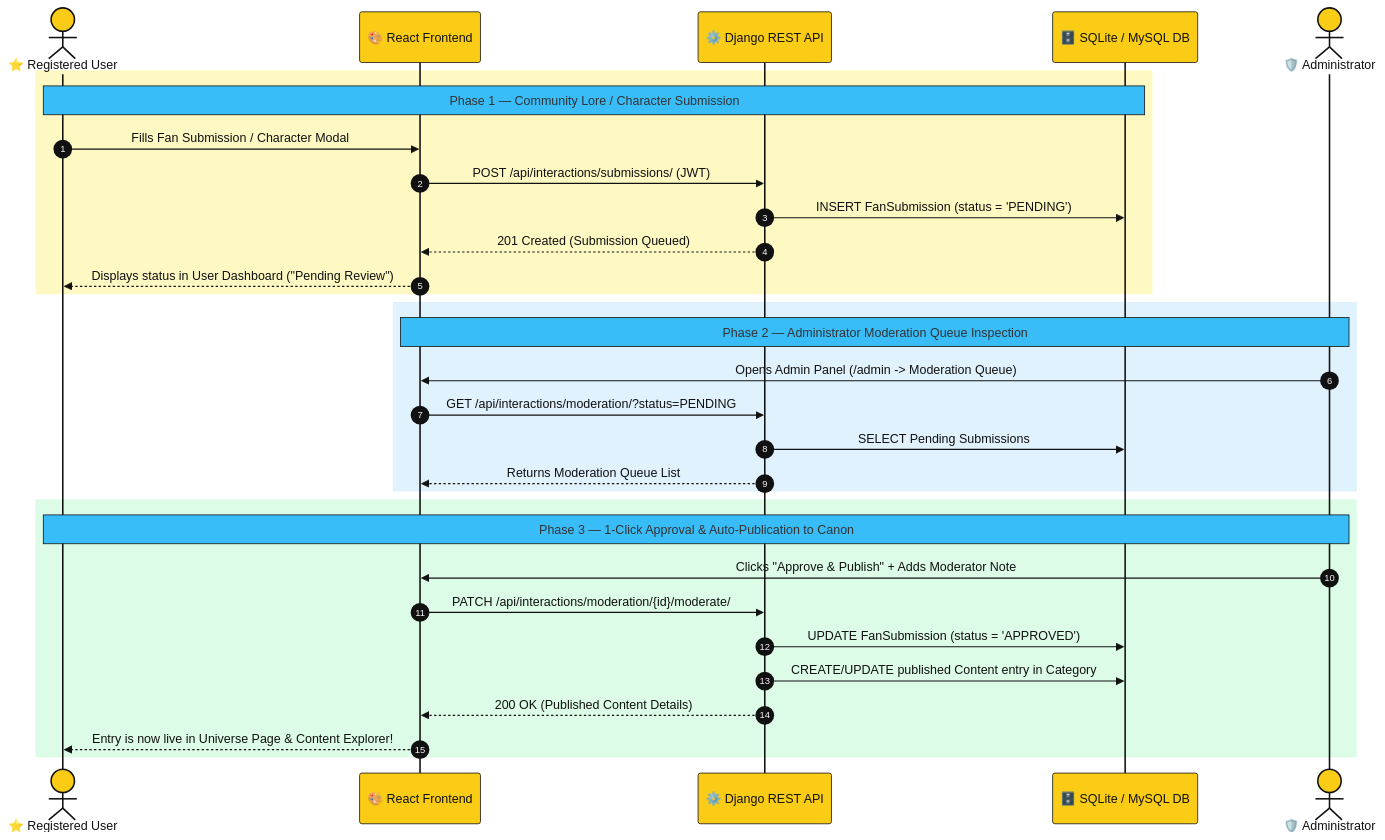
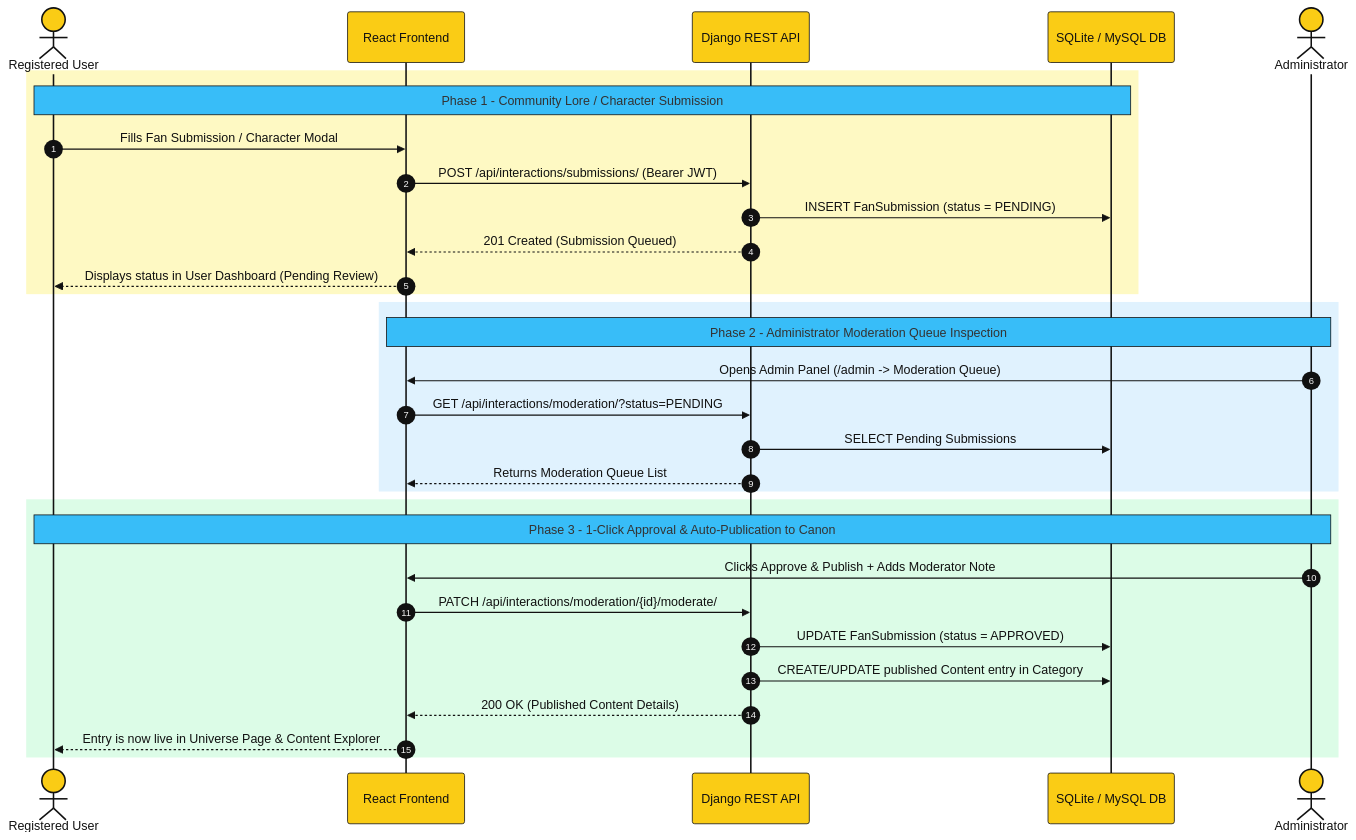
Before and after one commit to haleemakintayo/fanHubPlus: the eighth of 11 diagrams in DOCUMENTATION.md, drawn with Mermaid. The commit also changed other lines of this file, not shown here.

````diff
--- a/DOCUMENTATION.md
+++ b/DOCUMENTATION.md
@@ -175,37 +358,37 @@
 ```mermaid
 %%{init: {'theme': 'base', 'themeVariables': { 'actorBkg': '#FACC15', 'actorBorder': '#111111', 'actorTextColor': '#111111', 'signalColor': '#111111', 'signalTextColor': '#111111', 'labelBoxBkgColor': '#A3E635', 'labelBoxBorderColor': '#111111', 'noteBkgColor': '#38BDF8', 'noteBorderColor': '#111111'}}}%%
 sequenceDiagram
     autonumber
-    actor User as ⭐ Registered User
-    participant FE as 🎨 React Frontend
-    participant API as ⚙️ Django REST API
-    participant DB as 🗄️ SQLite / MySQL DB
-    actor Admin as 🛡️ Administrator
+    actor User as Registered User
+    participant FE as React Frontend
+    participant API as Django REST API
+    participant DB as SQLite / MySQL DB
+    actor Admin as Administrator
 
     rect rgb(254, 249, 195)
-        Note over User,DB: Phase 1 — Community Lore / Character Submission
+        Note over User,DB: Phase 1 - Community Lore / Character Submission
         User->>FE: Fills Fan Submission / Character Modal
-        FE->>API: POST /api/interactions/submissions/ (JWT)
-        API->>DB: INSERT FanSubmission (status = 'PENDING')
+        FE->>API: POST /api/interactions/submissions/ (Bearer JWT)
+        API->>DB: INSERT FanSubmission (status = PENDING)
         API-->>FE: 201 Created (Submission Queued)
-        FE-->>User: Displays status in User Dashboard ("Pending Review")
+        FE-->>User: Displays status in User Dashboard (Pending Review)
     end
 
     rect rgb(224, 242, 254)
-        Note over FE,Admin: Phase 2 — Administrator Moderation Queue Inspection
+        Note over FE,Admin: Phase 2 - Administrator Moderation Queue Inspection
         Admin->>FE: Opens Admin Panel (/admin -> Moderation Queue)
         FE->>API: GET /api/interactions/moderation/?status=PENDING
         API->>DB: SELECT Pending Submissions
         API-->>FE: Returns Moderation Queue List
     end
 
     rect rgb(220, 252, 231)
-        Note over User,Admin: Phase 3 — 1-Click Approval & Auto-Publication to Canon
-        Admin->>FE: Clicks "Approve & Publish" + Adds Moderator Note
+        Note over User,Admin: Phase 3 - 1-Click Approval & Auto-Publication to Canon
+        Admin->>FE: Clicks Approve & Publish + Adds Moderator Note
         FE->>API: PATCH /api/interactions/moderation/{id}/moderate/
-        API->>DB: UPDATE FanSubmission (status = 'APPROVED')
+        API->>DB: UPDATE FanSubmission (status = APPROVED)
         API->>DB: CREATE/UPDATE published Content entry in Category
         API-->>FE: 200 OK (Published Content Details)
-        FE-->>User: Entry is now live in Universe Page & Content Explorer!
+        FE-->>User: Entry is now live in Universe Page & Content Explorer
     end
 ```
````
